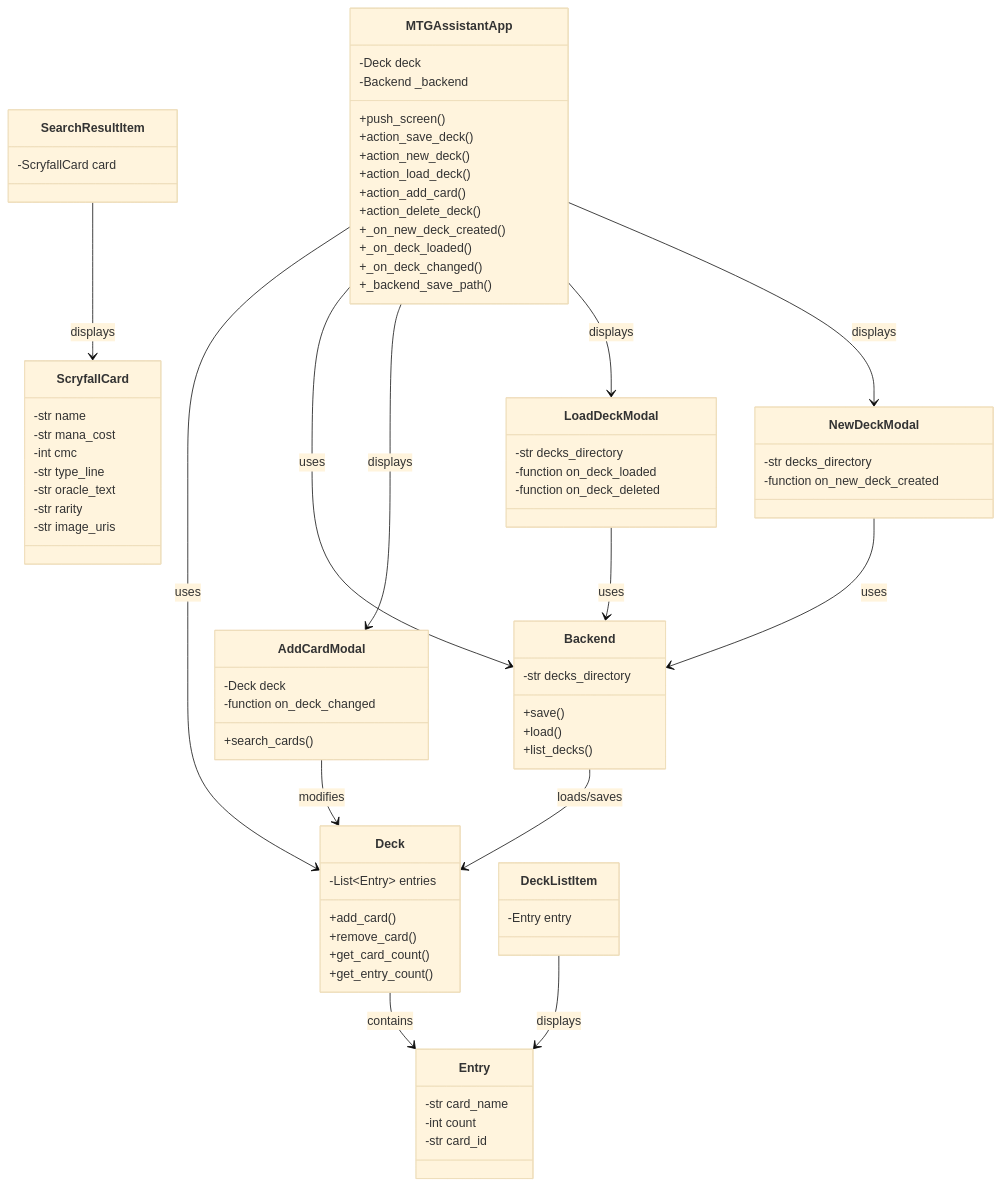
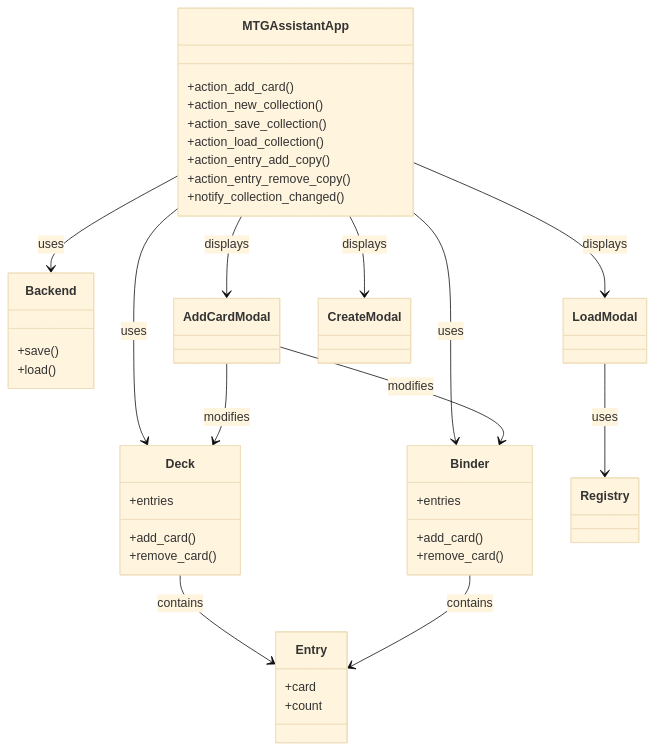
One commit to mcaimi/mtg-assistant changed the diagram in README.md. Above: the diagram before and after it, drawn with Mermaid (base theme). The commit also changed other lines of this file, not shown here.

````diff
--- a/README.md
+++ b/README.md
@@ -75,86 +85,58 @@
 ```mermaid
 classDiagram
     class MTGAssistantApp {
-        -Deck deck
-        -Backend _backend
-        +push_screen()
-        +action_save_deck()
-        +action_new_deck()
-        +action_load_deck()
         +action_add_card()
-        +action_delete_deck()
-        +_on_new_deck_created()
-        +_on_deck_loaded()
-        +_on_deck_changed()
-        +_backend_save_path()
+        +action_new_collection()
+        +action_save_collection()
+        +action_load_collection()
+        +action_entry_add_copy()
+        +action_entry_remove_copy()
+        +notify_collection_changed()
     }
 
     class Deck {
-        -List~Entry~ entries
+        +entries
         +add_card()
         +remove_card()
-        +get_card_count()
-        +get_entry_count()
+    }
+
+    class Binder {
+        +entries
+        +add_card()
+        +remove_card()
     }
 
     class Backend {
-        -str decks_directory
         +save()
         +load()
-        +list_decks()
     }
 
     class Entry {
-        -str card_name
-        -int count
-        -str card_id
+        +card
+        +count
     }
 
     class AddCardModal {
-        -Deck deck
-        -function on_deck_changed
-        +search_cards()
     }
 
-    class LoadDeckModal {
-        -str decks_directory
-        -function on_deck_loaded
-        -function on_deck_deleted
+    class LoadModal {
     }
 
-    class NewDeckModal {
-        -str decks_directory
-        -function on_new_deck_created
+    class CreateModal {
     }
 
-    class SearchResultItem {
-        -ScryfallCard card
-    }
-
-    class DeckListItem {
-        -Entry entry
-    }
-
-    class ScryfallCard {
-        -str name
-        -str mana_cost
-        -int cmc
-        -str type_line
-        -str oracle_text
-        -str rarity
-        -str image_uris
+    class Registry {
     }
 
     MTGAssistantApp --> Deck : uses
+    MTGAssistantApp --> Binder : uses
     MTGAssistantApp --> Backend : uses
     MTGAssistantApp --> AddCardModal : displays
-    MTGAssistantApp --> LoadDeckModal : displays
-    MTGAssistantApp --> NewDeckModal : displays
+    MTGAssistantApp --> LoadModal : displays
+    MTGAssistantApp --> CreateModal : displays
     AddCardModal --> Deck : modifies
-    LoadDeckModal --> Backend : uses
-    NewDeckModal --> Backend : uses
+    AddCardModal --> Binder : modifies
+    LoadModal --> Registry : uses
     Deck --> Entry : contains
-    Backend --> Deck : loads/saves
-    SearchResultItem --> ScryfallCard : displays
-    DeckListItem --> Entry : displays
+    Binder --> Entry : contains
 ```
````
